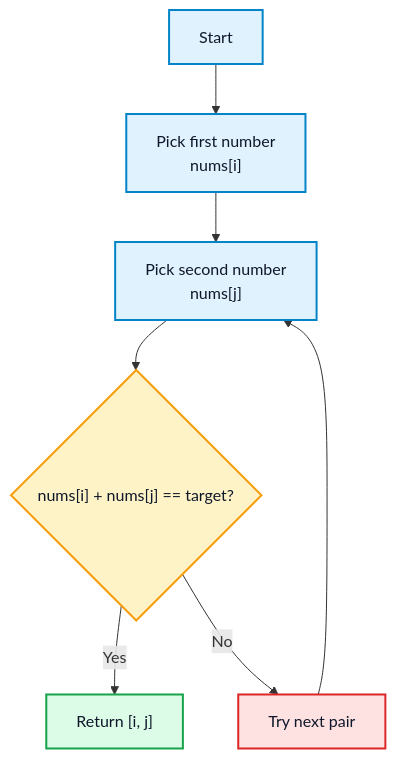
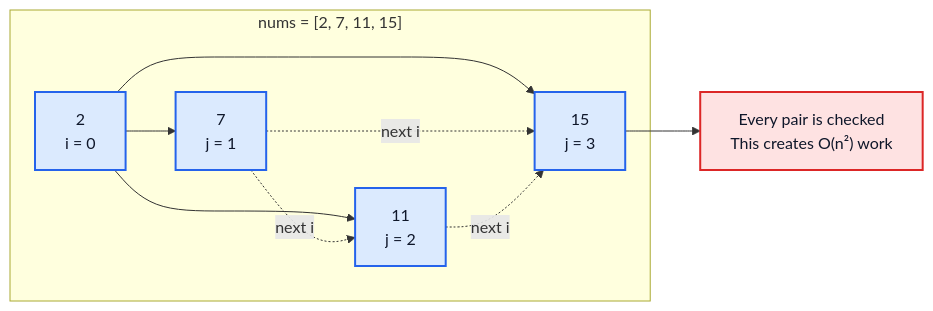
One commit to M-F-Tushar/LeetCode-Problem-Solving changed the fourth of 9 diagrams in 01 - Two Sum/README.md. Above: the diagram before and after it, drawn with Mermaid. The commit also changed other lines of this file, not shown here.

````diff
--- a/01 - Two Sum/README.md
+++ b/01 - Two Sum/README.md
@@ -137,19 +150,28 @@
 ```mermaid
-flowchart TD
-    A["Start"] --> B["Pick first number<br/>nums[i]"]
-    B --> C["Pick second number<br/>nums[j]"]
-    C --> D{"nums[i] + nums[j] == target?"}
-    D -->|Yes| E["Return [i, j]"]
-    D -->|No| F["Try next pair"]
-    F --> C
+flowchart LR
+    subgraph Array["nums = [2, 7, 11, 15]"]
+        A["2<br/>i = 0"]
+        B["7<br/>j = 1"]
+        C["11<br/>j = 2"]
+        D["15<br/>j = 3"]
+    end
 
-    classDef neutral fill:#e0f2fe,stroke:#0284c7,stroke-width:2px,color:#0f172a;
-    classDef decision fill:#fef3c7,stroke:#f59e0b,stroke-width:2px,color:#0f172a;
+    A --> B
+    A --> C
+    A --> D
+
+    B -. next i .-> C
+    B -. next i .-> D
+
+    C -. next i .-> D
+
+    E["Every pair is checked<br/>This creates O(n²) work"]
+
+    D --> E
+
+    classDef base fill:#dbeafe,stroke:#2563eb,stroke-width:2px,color:#0f172a;
     classDef bad fill:#fee2e2,stroke:#dc2626,stroke-width:2px,color:#0f172a;
-    classDef success fill:#dcfce7,stroke:#16a34a,stroke-width:2px,color:#0f172a;
 
-    class A,B,C neutral;
-    class D decision;
-    class F bad;
-    class E success;
+    class A,B,C,D base;
+    class E bad;
 ```
````
